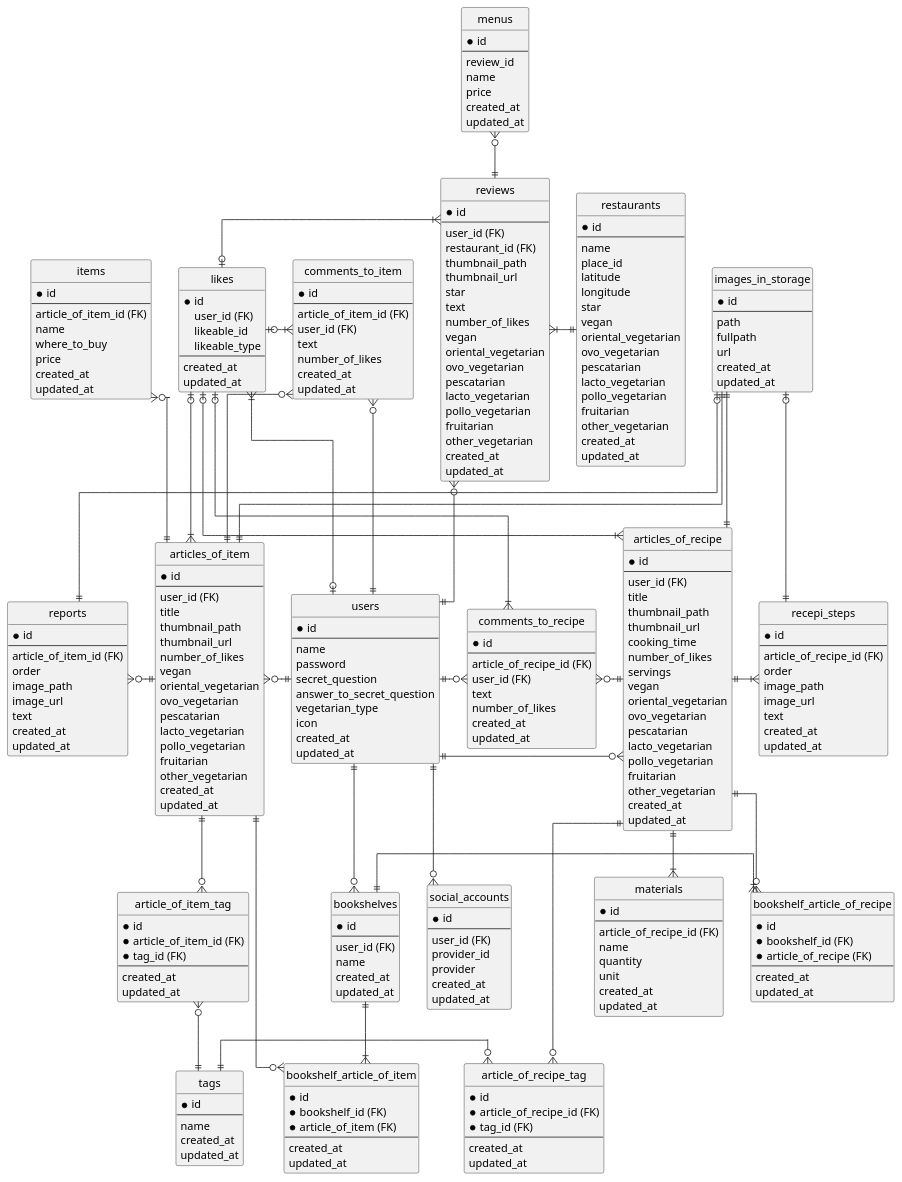
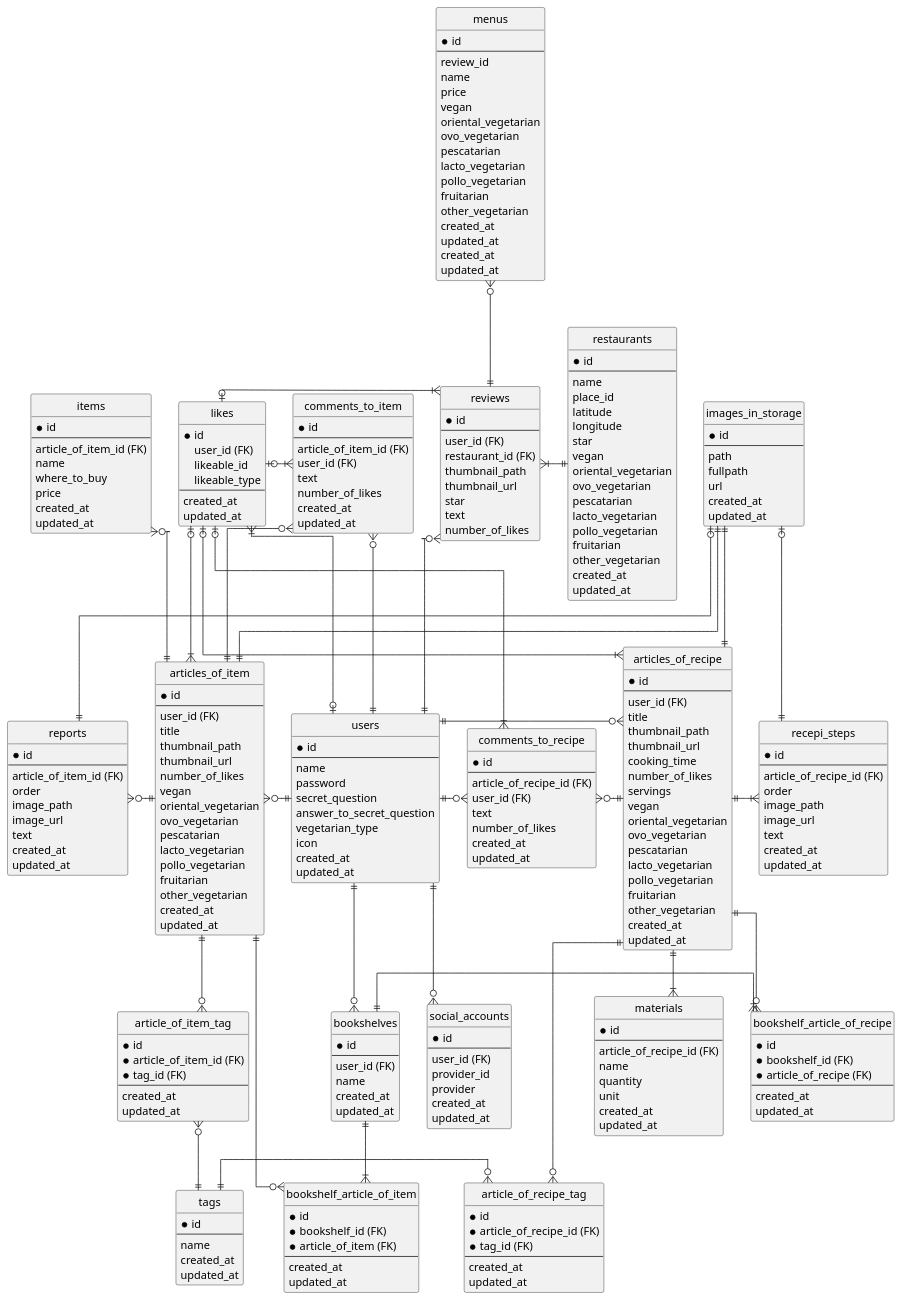
One commit to SayuriOkuyama/Original changed the diagram in documents/er.pu. Above: the diagram before and after it, drawn with PlantUML. The commit also changed other lines of this file, not shown here.

```diff
--- a/documents/er.pu
+++ b/documents/er.pu
@@ -195,6 +195,14 @@
   star
   text
   number_of_likes
+}
+
+entity "menus" as menus {
+  *id
+  --
+  review_id
+  name
+  price
   vegan
   oriental_vegetarian
   ovo_vegetarian
@@ -205,14 +213,6 @@
   other_vegetarian
   created_at
   updated_at
-}
-
-entity "menus" as menus {
-  *id
-  --
-  review_id
-  name
-  price
   created_at
   updated_at
 }
```
